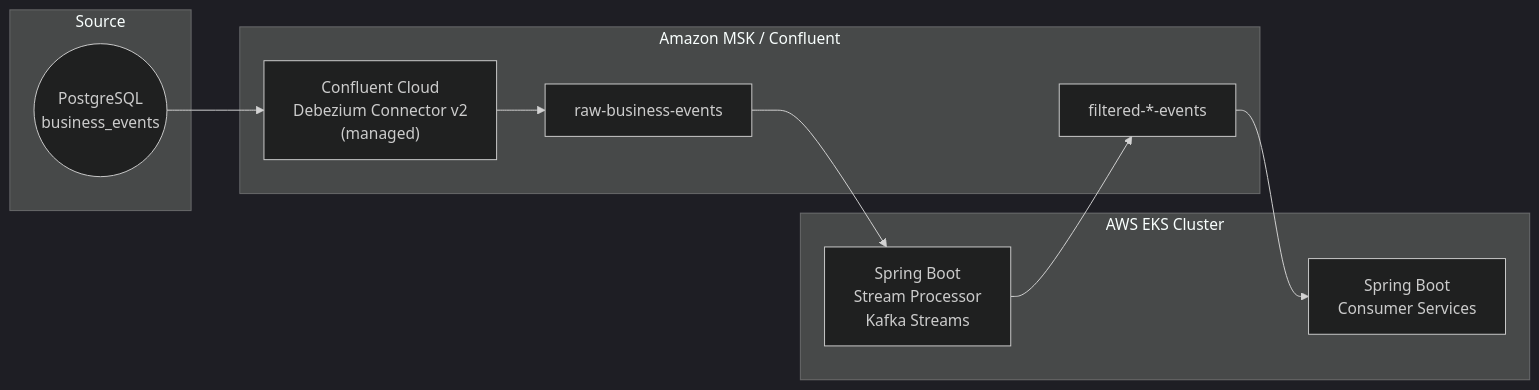
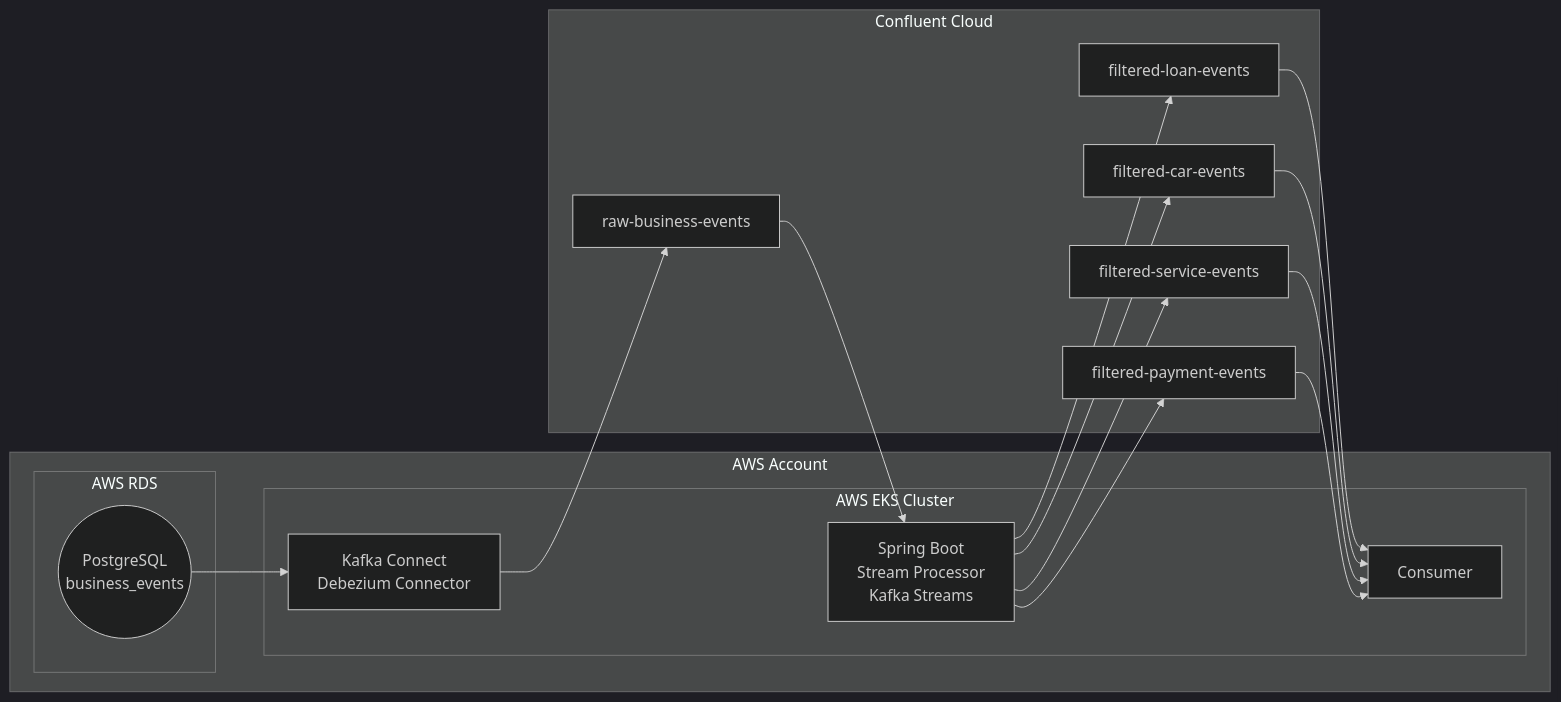
One commit to RickZee/api-performance-multi-lang changed the second of 2 diagrams in cdc-streaming/spring-boot-alternative-architecture.md. Above: the diagram before and after it, drawn with Mermaid (dark theme). The commit also changed other lines of this file and 8 other files, not shown here.

````diff
--- a/cdc-streaming/spring-boot-alternative-architecture.md
+++ b/cdc-streaming/spring-boot-alternative-architecture.md
@@ -49,19 +58,32 @@
 ```mermaid
 flowchart LR
-    subgraph Source["Source"]
-        PG(("PostgreSQL\nbusiness_events"))
+    subgraph AWS["AWS Account"]
+        subgraph RDS["AWS RDS"]
+            PG(("PostgreSQL
+            business_events"))
+        end
+        subgraph EKS["AWS EKS Cluster"]
+            KC["Kafka Connect
+            Debezium Connector"]
+            SP["Spring Boot
+            Stream Processor
+            Kafka Streams"]
+            Consumer["Consumer"]
+        end
     end
 
-    subgraph EKS["AWS EKS Cluster"]
-        SP["Spring Boot\nStream Processor\nKafka Streams"]
-        C1["Spring Boot\nConsumer Services"]
+    subgraph ConfluentCloud["Confluent Cloud"]
+        KR[raw-business-events]
+        KF1[filtered-loan-events]
+        KF2[filtered-car-events]
+        KF3[filtered-service-events]
+        KF4[filtered-payment-events]
     end
 
-    subgraph Kafka["Amazon MSK / Confluent"]
-        CDC["Confluent Cloud\nDebezium Connector v2\n(managed)"]
-        KR[raw-business-events]
-        KF["filtered-*-events"]
-    end
-
-    PG --> CDC --> KR --> SP --> KF --> C1
+    PG --> KC --> KR --> SP
+    SP --> KF1 & KF2 & KF3 & KF4
+    KF1 --> Consumer
+    KF2 --> Consumer
+    KF3 --> Consumer
+    KF4 --> Consumer
 ```
````
